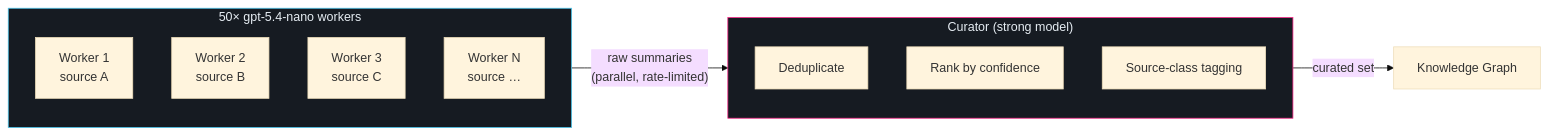
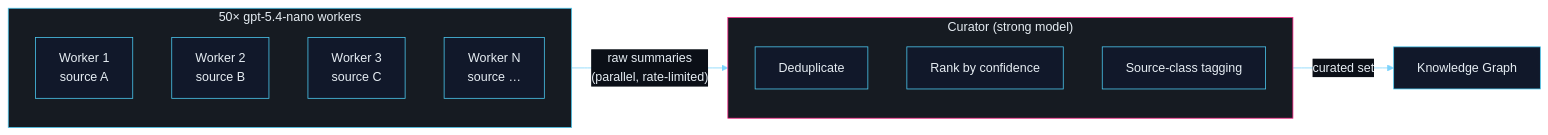
One commit to jeremienunez/thalamus-usecase-ssa- changed the fifth of 15 diagrams in README.md. Above: the diagram before and after it, drawn with Mermaid. The commit also changed other lines of this file and 9 other files, not shown here.

````diff
--- a/README.md
+++ b/README.md
@@ -476,25 +250,25 @@
 ```mermaid
-%%{init: {'theme': 'base'}}%%
-
+%%{init: {'theme':'base','themeVariables':{'background':'#0b0f17','primaryColor':'#11182a','primaryTextColor':'#e6edf3','primaryBorderColor':'#4cc9f0','secondaryColor':'#1a2033','tertiaryColor':'#141a28','secondaryTextColor':'#e6edf3','tertiaryTextColor':'#e6edf3','noteTextColor':'#e6edf3','noteBkgColor':'#1a2033','noteBorderColor':'#4cc9f0','lineColor':'#7dd3fc','textColor':'#e6edf3','mainBkg':'#11182a','secondBkg':'#1a2033','clusterBkg':'#0d1320','clusterBorder':'#4cc9f0','titleColor':'#e6edf3','edgeLabelBackground':'#0b0f17','labelBoxBkgColor':'#11182a','labelBoxBorderColor':'#4cc9f0','labelTextColor':'#e6edf3','actorBkg':'#11182a','actorBorder':'#4cc9f0','actorTextColor':'#e6edf3','actorLineColor':'#7dd3fc','signalColor':'#e6edf3','signalTextColor':'#e6edf3','activationBkgColor':'#1a2033','activationBorderColor':'#4cc9f0','sequenceNumberColor':'#0b0f17','classText':'#e6edf3'}}}%%
 flowchart LR
+    classDef default fill:#11182a,stroke:#4cc9f0,stroke-width:1px,color:#e6edf3;
     subgraph SWARM["50× gpt-5.4-nano workers"]
         direction TB
-        W1["Worker 1\nsource A"]
-        W2["Worker 2\nsource B"]
-        W3["Worker 3\nsource C"]
-        Wn["Worker N\nsource …"]
+        W1["Worker 1<br/>source A"]
+        W2["Worker 2<br/>source B"]
+        W3["Worker 3<br/>source C"]
+        Wn["Worker N<br/>source …"]
     end
 
     subgraph CURATOR["Curator (strong model)"]
         direction TB
         Dedup["Deduplicate"]
         Rank["Rank by confidence"]
         Tag["Source-class tagging"]
     end
 
-    SWARM -->|"raw summaries\n(parallel, rate-limited)"| CURATOR
+    SWARM -->|"raw summaries<br/>(parallel, rate-limited)"| CURATOR
     CURATOR -->|"curated set"| KG["Knowledge Graph"]
 
     style SWARM fill:#161b22,stroke:#4cc9f0,color:#e6edf3
     style CURATOR fill:#161b22,stroke:#f72585,color:#e6edf3
 ```
````
